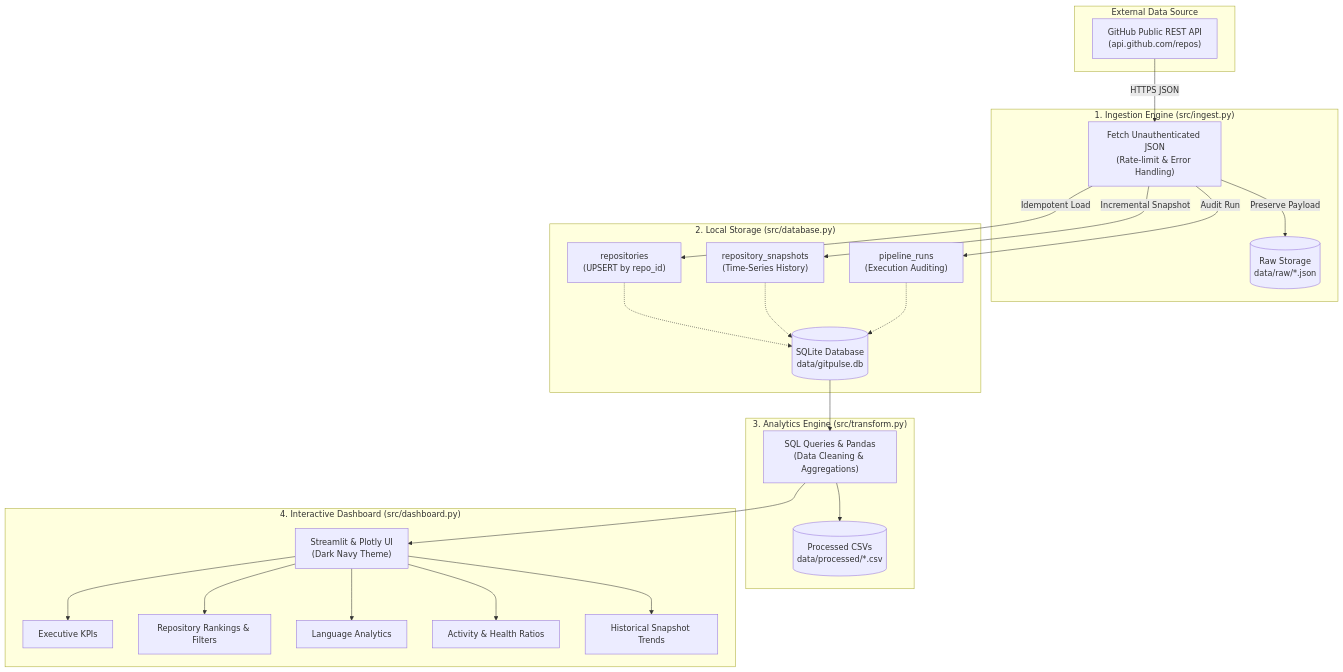
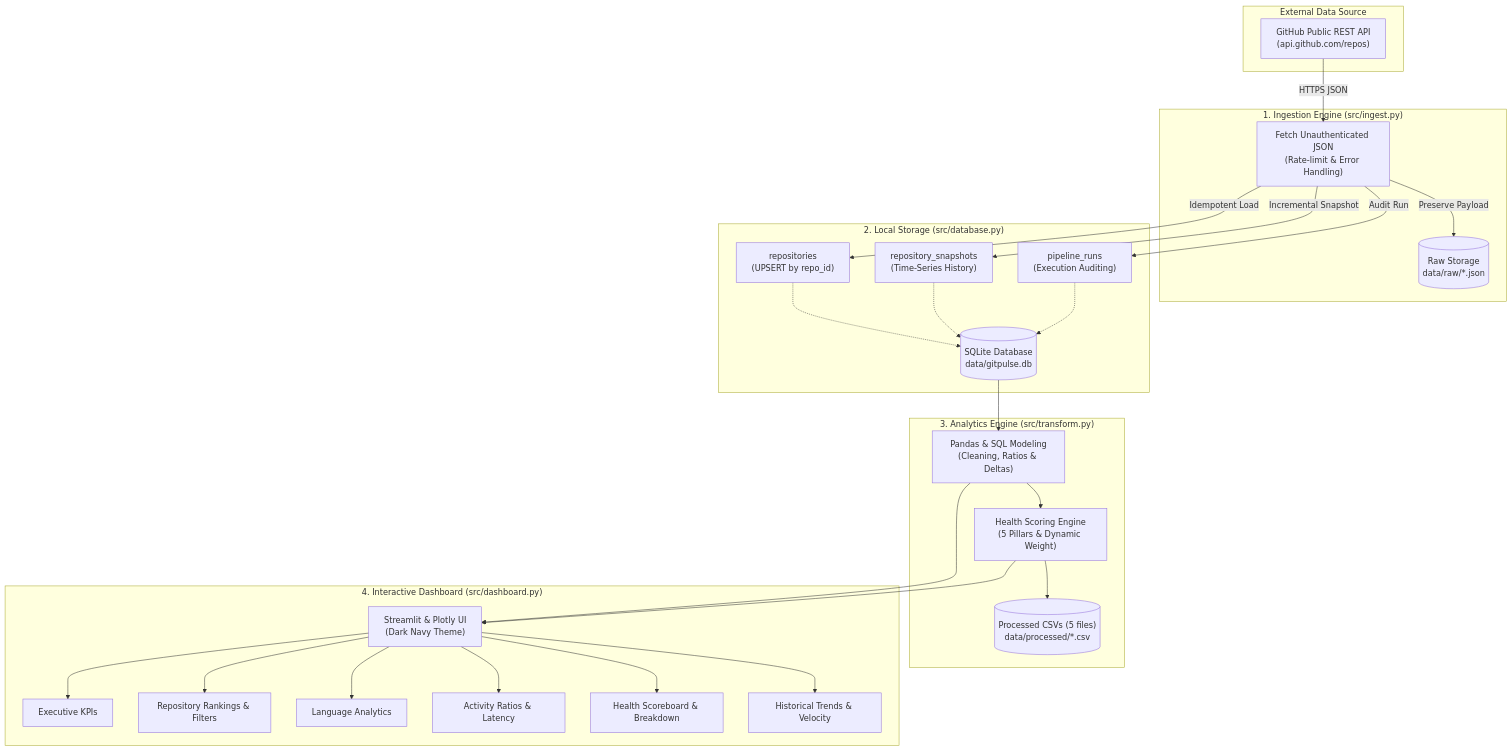
Before and after one commit to Bhagyaashreee/GitPulse: the diagram in README.md, drawn with Mermaid. The commit also changed other lines of this file, not shown here.

Commit message:
docs: improve README with health scoring and CI

````diff
--- a/README.md
+++ b/README.md
@@ -43,49 +38,54 @@
 ```mermaid
 flowchart TD
     subgraph External ["External Data Source"]
         GH["GitHub Public REST API<br/>(api.github.com/repos)"]
     end
 
     subgraph Extract ["1. Ingestion Engine (src/ingest.py)"]
         Fetch["Fetch Unauthenticated JSON<br/>(Rate-limit & Error Handling)"]
         RawDump[("Raw Storage<br/>data/raw/*.json")]
     end
 
     subgraph Load ["2. Local Storage (src/database.py)"]
         SQLite[("SQLite Database<br/>data/gitpulse.db")]
         T_Repos["repositories<br/>(UPSERT by repo_id)"]
         T_Snaps["repository_snapshots<br/>(Time-Series History)"]
         T_Runs["pipeline_runs<br/>(Execution Auditing)"]
     end
 
     subgraph Transform ["3. Analytics Engine (src/transform.py)"]
-        SQLQueries["SQL Queries & Pandas<br/>(Data Cleaning & Aggregations)"]
-        CSVExport[("Processed CSVs<br/>data/processed/*.csv")]
+        SQLQueries["Pandas & SQL Modeling<br/>(Cleaning, Ratios & Deltas)"]
+        HealthEngine["Health Scoring Engine<br/>(5 Pillars & Dynamic Weight)"]
+        CSVExport[("Processed CSVs (5 files)<br/>data/processed/*.csv")]
     end
 
     subgraph Visualize ["4. Interactive Dashboard (src/dashboard.py)"]
         StreamlitUI["Streamlit & Plotly UI<br/>(Dark Navy Theme)"]
         KPIs["Executive KPIs"]
         Rankings["Repository Rankings & Filters"]
         Langs["Language Analytics"]
-        Activity["Activity & Health Ratios"]
-        History["Historical Snapshot Trends"]
+        Activity["Activity Ratios & Latency"]
+        HealthScoreboard["Health Scoreboard & Breakdown"]
+        History["Historical Trends & Velocity"]
     end
 
     GH -->|HTTPS JSON| Fetch
     Fetch -->|Preserve Payload| RawDump
     Fetch -->|Idempotent Load| T_Repos
     Fetch -->|Incremental Snapshot| T_Snaps
     Fetch -->|Audit Run| T_Runs
     T_Repos -.-> SQLite
     T_Snaps -.-> SQLite
     T_Runs -.-> SQLite
     SQLite --> SQLQueries
-    SQLQueries --> CSVExport
+    SQLQueries --> HealthEngine
+    HealthEngine --> CSVExport
     SQLQueries --> StreamlitUI
+    HealthEngine --> StreamlitUI
     StreamlitUI --> KPIs
     StreamlitUI --> Rankings
     StreamlitUI --> Langs
     StreamlitUI --> Activity
+    StreamlitUI --> HealthScoreboard
     StreamlitUI --> History
 ```
````
